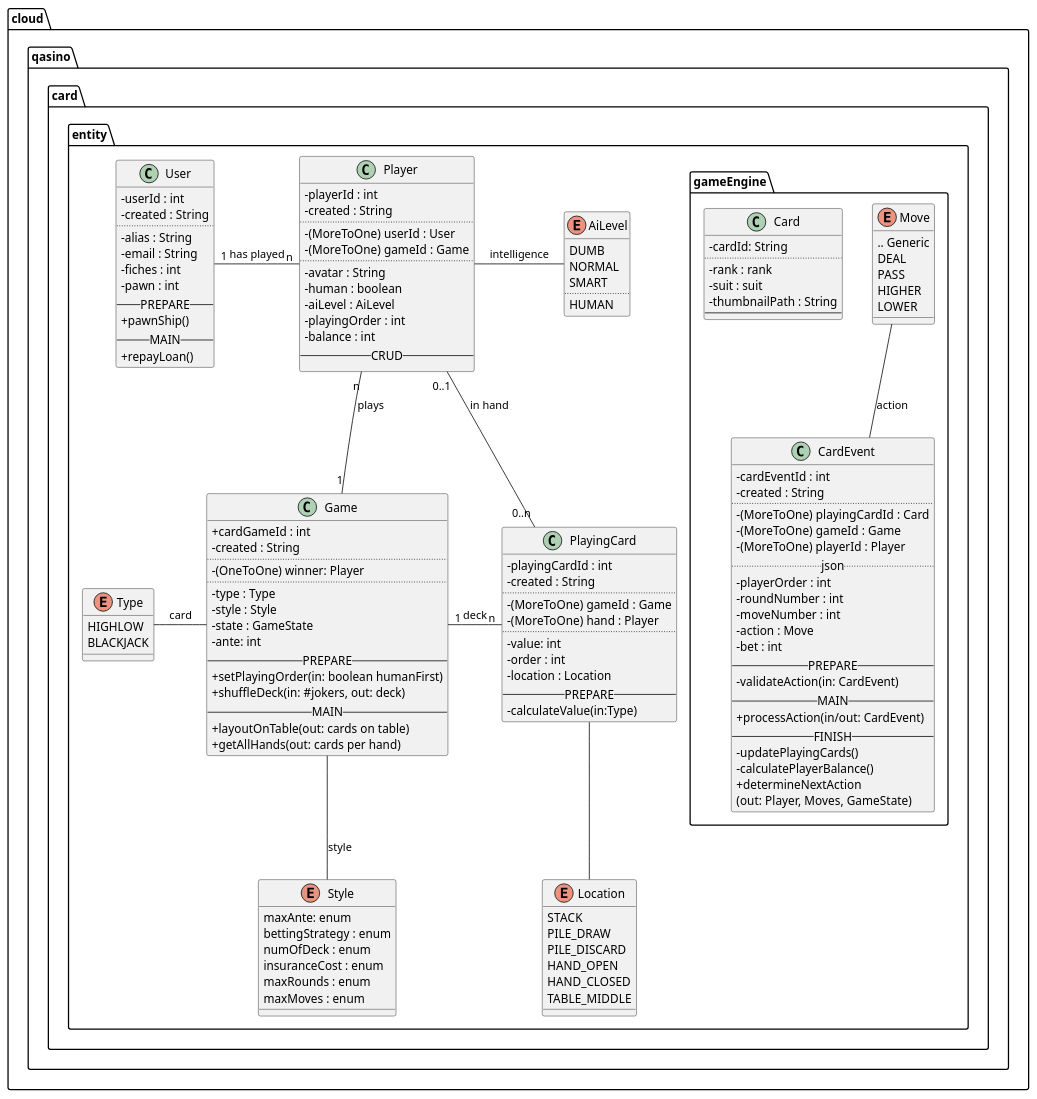
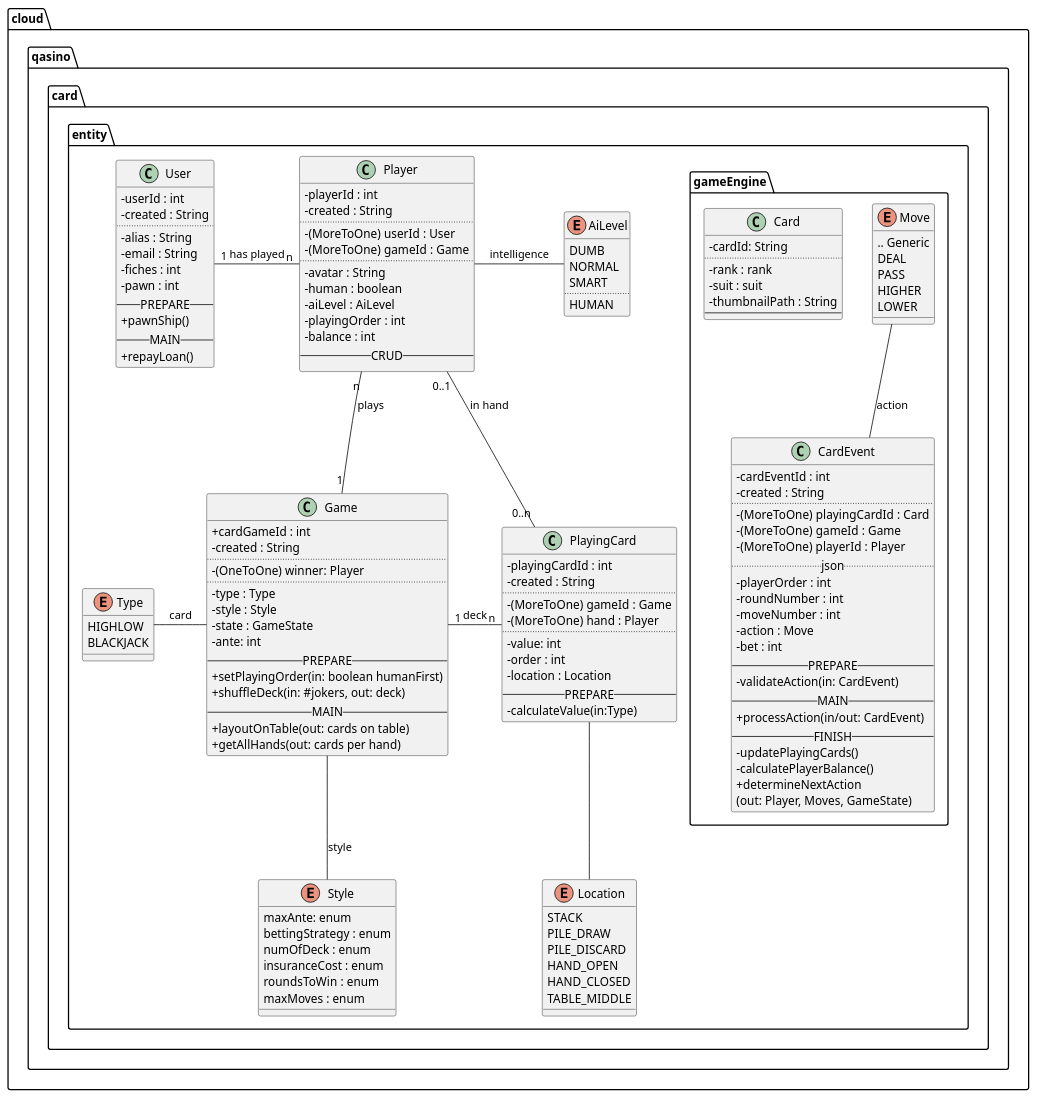
The diagram in server/src/main/java/cloud/qasino/card/entity/Qasino.puml (saalk/qasino), drawn with PlantUML before and after one commit. The commit also changed 32 other files, not shown here.

```diff
--- a/server/src/main/java/cloud/qasino/card/entity/Qasino.puml
+++ b/server/src/main/java/cloud/qasino/card/entity/Qasino.puml
@@ -1,151 +1,151 @@
 @startuml src/main/resources/plantuml/Casino.png
 		skinparam classAttributeIconSize 0
 		package "cloud.qasino.card" {
 		package "entity" {
 
 class User {
 - userId : int
 - created : String
 ..
 - alias : String
 - email : String
 - fiches : int
 - pawn : int
 -- PREPARE --
 + pawnShip()
 -- MAIN --
 + repayLoan()
 }
 User "1" -right- "n" Player: has played
 
 class Player {
 - playerId : int
 - created : String
 ..
 - (MoreToOne) userId : User
 - (MoreToOne) gameId : Game
 ..
 - avatar : String
 - human : boolean
 - aiLevel : AiLevel
 - playingOrder : int
 - balance : int
 -- CRUD --
 }
 Player -right- AiLevel : intelligence
 Player "n" -down- "1" Game : plays
 
 enum AiLevel {
 DUMB
 NORMAL
 SMART
 ..
 HUMAN
 }
 
 class Game {
 + cardGameId : int
 - created : String
 ..
 - (OneToOne) winner: Player
 ..
 - type : Type
 - style : Style
 - state : GameState
 - ante: int
 -- PREPARE --
 + setPlayingOrder(in: boolean humanFirst)
 + shuffleDeck(in: #jokers, out: deck)
 -- MAIN --
 + layoutOnTable(out: cards on table)
 + getAllHands(out: cards per hand)
 }
 
 Game -left- Type : card
 Game -down- Style : style
 Game "1" -right- "n" PlayingCard : deck
 
 enum Type {
 HIGHLOW
 BLACKJACK
 }
 
 enum Style {
 	maxAnte: enum
 	bettingStrategy : enum
 	numOfDeck : enum
 	insuranceCost : enum
-	maxRounds : enum
+	roundsToWin : enum
 	maxMoves : enum
 }
 
 class PlayingCard {
 - playingCardId : int
 - created : String
 ..
 - (MoreToOne) gameId : Game
 - (MoreToOne) hand : Player
 ..
 - value: int
 - order : int
 - location : Location
 -- PREPARE --
 - calculateValue(in:Type)
 }
 PlayingCard -down- Location
 PlayingCard "0..n" -up- "0..1" Player : in hand
 
 enum Location {
 STACK
 PILE_DRAW
 PILE_DISCARD
 HAND_OPEN
 HAND_CLOSED
 TABLE_MIDDLE
 }
 
 
 package "gameEngine" {
 class Card {
 - cardId: String
 ..
 - rank : rank
 - suit : suit
 - thumbnailPath : String
 --
 }
 
 class CardEvent {
 - cardEventId : int
 - created : String
 ..
 - (MoreToOne) playingCardId : Card
 - (MoreToOne) gameId : Game
 - (MoreToOne) playerId : Player
 .. json..
 - playerOrder : int
 - roundNumber : int
 - moveNumber : int
 - action : Move
 - bet : int
 -- PREPARE --
 - validateAction(in: CardEvent)
 -- MAIN --
 + processAction(in/out: CardEvent)
 -- FINISH --
 - updatePlayingCards()
 - calculatePlayerBalance()
 + determineNextAction
 (out: Player, Moves, GameState)
 }
 CardEvent -up- Move : action
 
 enum Move {
 .. Generic
 DEAL
 PASS
 HIGHER
 LOWER
 }
 }
 @enduml
```
